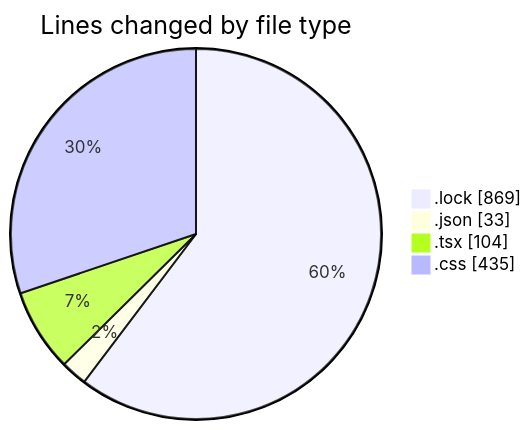
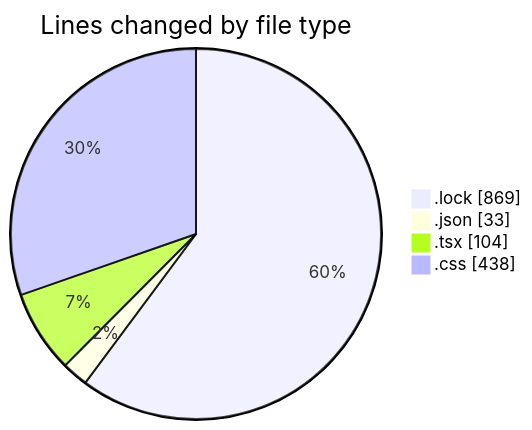
One commit to EIIisD/code-tracking changed the first of 2 diagrams in 2025-07-27/vtuber/README.md. Above: the diagram before and after it, drawn with Mermaid. The commit also changed other lines of this file and 1 other file, not shown here.

````diff
--- a/2025-07-27/vtuber/README.md
+++ b/2025-07-27/vtuber/README.md
@@ -24,8 +24,8 @@
 ```mermaid
 pie showData
 title Lines changed by file type
 ".lock" : 869
 ".json" : 33
 ".tsx" : 104
-".css" : 435
+".css" : 438
 ```
````
